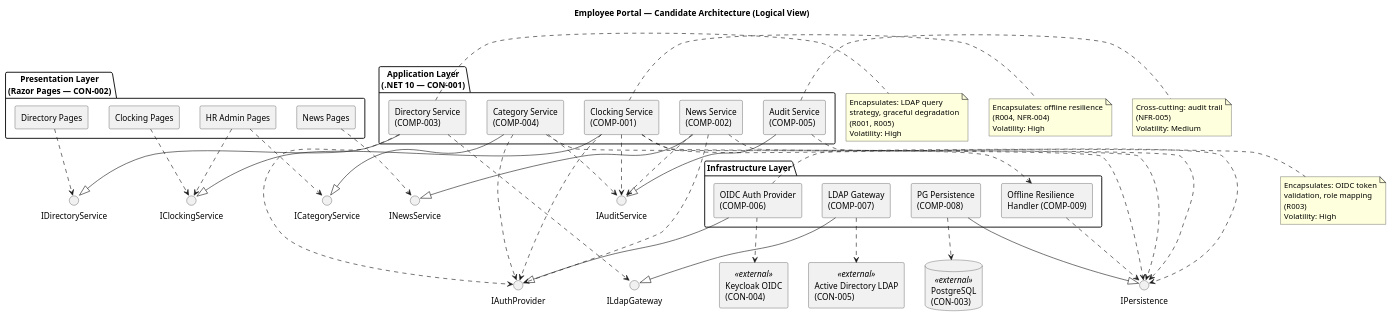
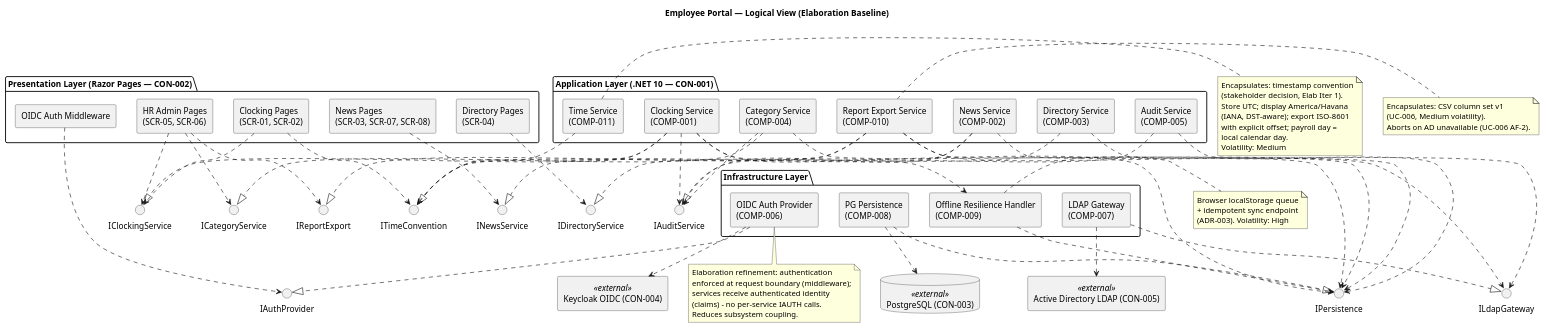
Before and after one commit to banense-test/employee-portal: the fourth of 6 diagrams in docs/artifacts/analysis---design/software-architecture-document.md, drawn with PlantUML. The commit also changed other lines of this file, not shown here.

Commit message:
Software Architect [E1]: upsert Software Architecture Document
[skip ci]

````diff
--- a/docs/artifacts/analysis---design/software-architecture-document.md
+++ b/docs/artifacts/analysis---design/software-architecture-document.md
@@ -258,106 +264,119 @@
 @startuml
 skinparam componentStyle rectangle
 skinparam fontSize 11
-title Employee Portal — Candidate Architecture (Logical View)
+title Employee Portal — Logical View (Elaboration Baseline)
 
-package "Presentation Layer\n(Razor Pages — CON-002)" as PRES {
-  [Clocking Pages] as CLK_P
-  [News Pages] as NEWS_P
-  [Directory Pages] as DIR_P
-  [HR Admin Pages] as HR_P
+package "Presentation Layer (Razor Pages — CON-002)" as PRES {
+  component "Clocking Pages\n(SCR-01, SCR-02)" as CLK_P
+  component "News Pages\n(SCR-03, SCR-07, SCR-08)" as NEWS_P
+  component "Directory Pages\n(SCR-04)" as DIR_P
+  component "HR Admin Pages\n(SCR-05, SCR-06)" as HR_P
+  component "OIDC Auth Middleware" as MW
 }
 
-package "Application Layer\n(.NET 10 — CON-001)" as APP {
+package "Application Layer (.NET 10 — CON-001)" as APP {
   component "Clocking Service\n(COMP-001)" as CLK_S
   component "News Service\n(COMP-002)" as NEWS_S
   component "Directory Service\n(COMP-003)" as DIR_S
   component "Category Service\n(COMP-004)" as CAT_S
   component "Audit Service\n(COMP-005)" as AUD_S
+  component "Report Export Service\n(COMP-010)" as EXP_S
+  component "Time Service\n(COMP-011)" as TIME_S
 }
 
 package "Infrastructure Layer" as INFRA {
   component "OIDC Auth Provider\n(COMP-006)" as AUTH
   component "LDAP Gateway\n(COMP-007)" as LDAP_GW
   component "PG Persistence\n(COMP-008)" as PG_P
-  component "Offline Resilience\nHandler (COMP-009)" as OFFLINE
+  component "Offline Resilience Handler\n(COMP-009)" as OFFLINE
 }
 
 interface "IClockingService" as ICLK
 interface "INewsService" as INEWS
 interface "IDirectoryService" as IDIR
 interface "ICategoryService" as ICAT
+interface "IReportExport" as IEXPORT
 interface "IAuditService" as IAUD
 interface "IAuthProvider" as IAUTH
 interface "ILdapGateway" as ILDAP
 interface "IPersistence" as IPERSIST
+interface "ITimeConvention" as ITIME
 
+MW ..> IAUTH
 CLK_P ..> ICLK
 NEWS_P ..> INEWS
 DIR_P ..> IDIR
 HR_P ..> ICLK
 HR_P ..> ICAT
+HR_P ..> IEXPORT
 
-CLK_S --|> ICLK
-NEWS_S --|> INEWS
-DIR_S --|> IDIR
-CAT_S --|> ICAT
-AUD_S --|> IAUD
+CLK_S ..|> ICLK
+NEWS_S ..|> INEWS
+DIR_S ..|> IDIR
+CAT_S ..|> ICAT
+EXP_S ..|> IEXPORT
+AUD_S ..|> IAUD
+TIME_S ..|> ITIME
 
-AUTH --|> IAUTH
-LDAP_GW --|> ILDAP
-PG_P --|> IPERSIST
+AUTH ..|> IAUTH
+LDAP_GW ..|> ILDAP
+PG_P ..|> IPERSIST
 
 CLK_S ..> IPERSIST
 NEWS_S ..> IPERSIST
 CAT_S ..> IPERSIST
 AUD_S ..> IPERSIST
+EXP_S ..> IPERSIST
 DIR_S ..> ILDAP
+EXP_S ..> ILDAP
 
 CLK_S ..> IAUD
 NEWS_S ..> IAUD
 CAT_S ..> IAUD
 
-CLK_S ..> IAUTH
-NEWS_S ..> IAUTH
-DIR_S ..> IAUTH
-CAT_S ..> IAUTH
+CLK_S ..> ITIME
+EXP_S ..> ITIME
+CLK_P ..> ITIME
 
 CLK_S ..> OFFLINE
 OFFLINE ..> IPERSIST
 
-database "PostgreSQL\n(CON-003)" as PG <<external>>
-component "Keycloak OIDC\n(CON-004)" as KC <<external>>
-component "Active Directory LDAP\n(CON-005)" as AD <<external>>
+database "PostgreSQL (CON-003)" as PG <<external>>
+component "Keycloak OIDC (CON-004)" as KC <<external>>
+component "Active Directory LDAP (CON-005)" as AD <<external>>
 
 PG_P ..> PG
 AUTH ..> KC
 LDAP_GW ..> AD
 
-note right of CLK_S
-  Encapsulates: offline resilience
-  (R004, NFR-004)
-  Volatility: High
-end note
-
-note right of DIR_S
-  Encapsulates: LDAP query
-  strategy, graceful degradation
-  (R001, R005)
-  Volatility: High
-end note
-
-note right of AUTH
-  Encapsulates: OIDC token
-  validation, role mapping
-  (R003)
-  Volatility: High
-end note
-
-note right of AUD_S
-  Cross-cutting: audit trail
-  (NFR-005)
+note right of TIME_S
+  Encapsulates: timestamp convention
+  (stakeholder decision, Elab Iter 1).
+  Store UTC; display America/Havana
+  (IANA, DST-aware); export ISO-8601
+  with explicit offset; payroll day =
+  local calendar day.
   Volatility: Medium
 end note
 
+note right of EXP_S
+  Encapsulates: CSV column set v1
+  (UC-006, Medium volatility).
+  Aborts on AD unavailable (UC-006 AF-2).
+end note
+
+note right of OFFLINE
+  Browser localStorage queue
+  + idempotent sync endpoint
+  (ADR-003). Volatility: High
+end note
+
+note bottom of AUTH
+  Elaboration refinement: authentication
+  enforced at request boundary (middleware);
+  services receive authenticated identity
+  (claims) - no per-service IAUTH calls.
+  Reduces subsystem coupling.
+end note
 @enduml
 ```
````
